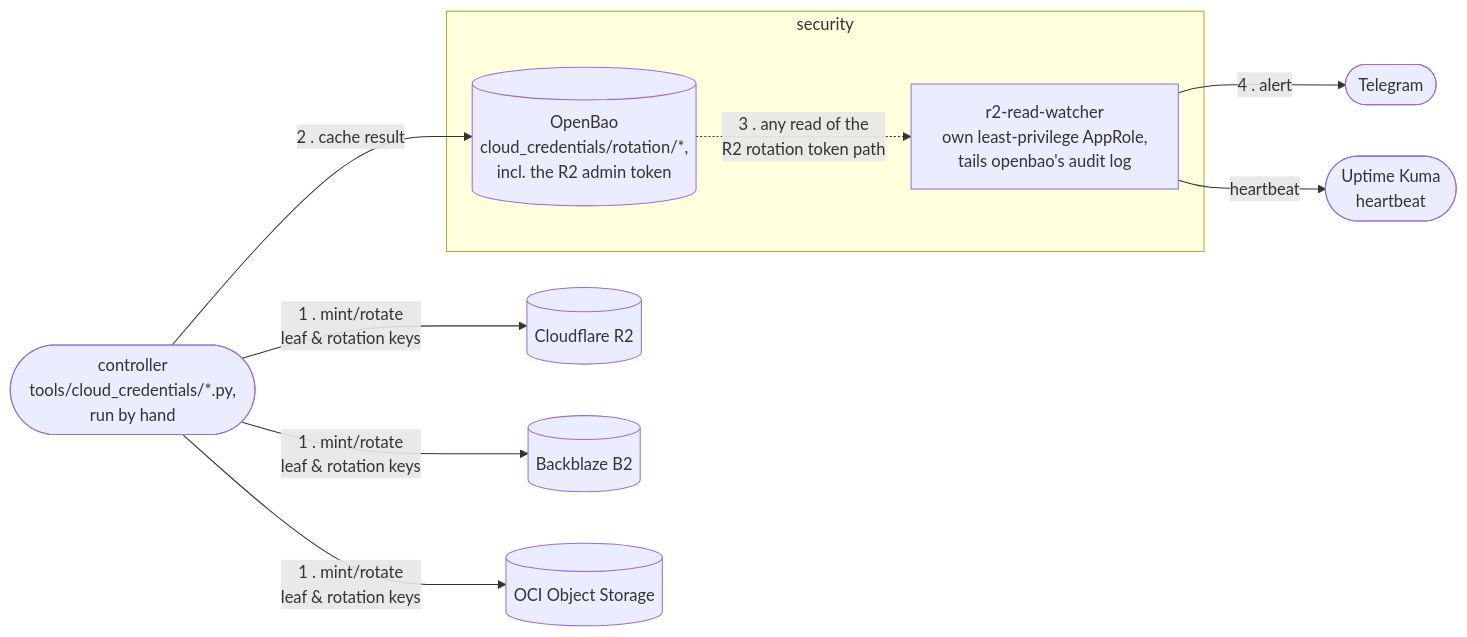
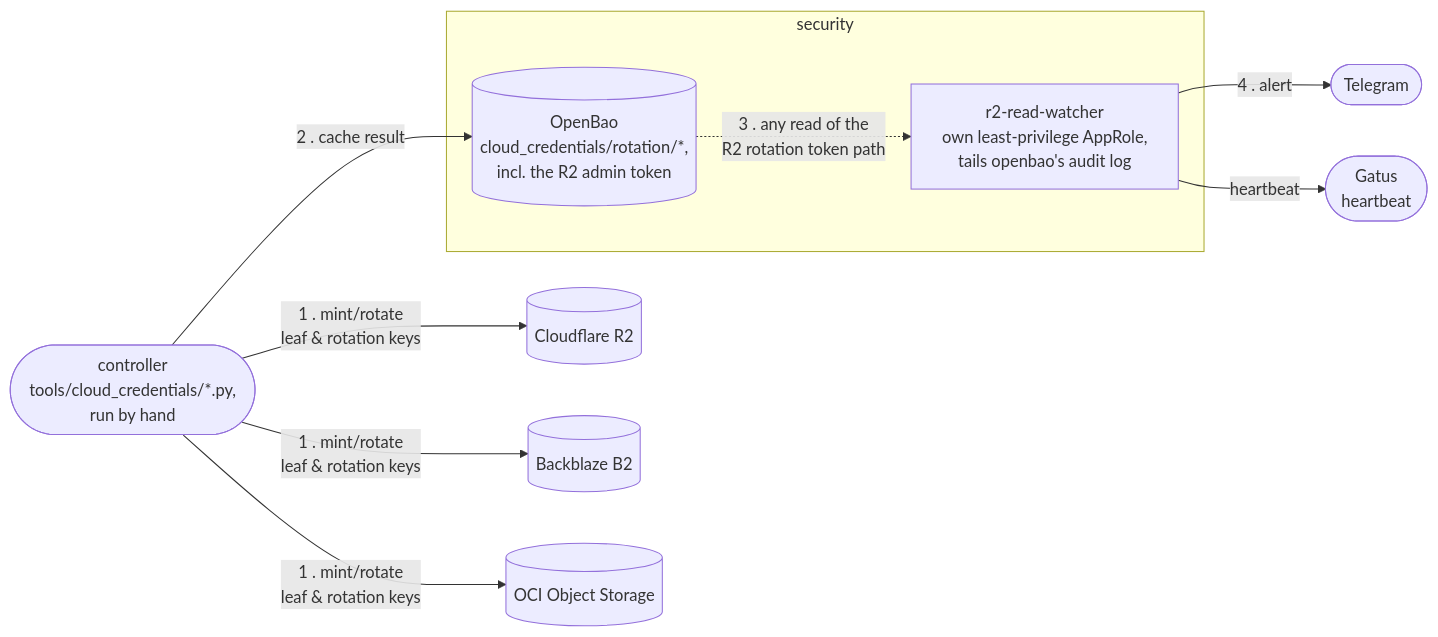
Before and after one commit to wenenhoe/homelab: the second of 3 diagrams in docs/architecture/secrets-and-credentials-flow.md, drawn with Mermaid. The commit also changed 22 other files, not shown here.

First line of the commit message:
docs: describe job heartbeats without Uptime Kuma

````diff
--- a/docs/architecture/secrets-and-credentials-flow.md
+++ b/docs/architecture/secrets-and-credentials-flow.md
@@ -36,21 +36,21 @@
 ```mermaid
 flowchart LR
     controller(["controller<br/>tools/cloud_credentials/*.py,<br/>run by hand"])
     r2[("Cloudflare R2")]
     b2[("Backblaze B2")]
     oci[("OCI Object Storage")]
 
     subgraph security["security"]
         openbao[("OpenBao<br/>cloud_credentials/rotation/*,<br/>incl. the R2 admin token")]
         watcher["r2-read-watcher<br/>own least-privilege AppRole,<br/>tails openbao's audit log"]
     end
 
     telegram(["Telegram"])
-    kuma(["Uptime Kuma<br/>heartbeat"])
+    gatus(["Gatus<br/>heartbeat"])
 
     controller -- "1 . mint/rotate<br/>leaf & rotation keys" --> r2 & b2 & oci
     controller -- "2 . cache result" --> openbao
     openbao -. "3 . any read of the<br/>R2 rotation token path" .-> watcher
     watcher -- "4 . alert" --> telegram
-    watcher -- "heartbeat" --> kuma
+    watcher -- "heartbeat" --> gatus
 ```
````
